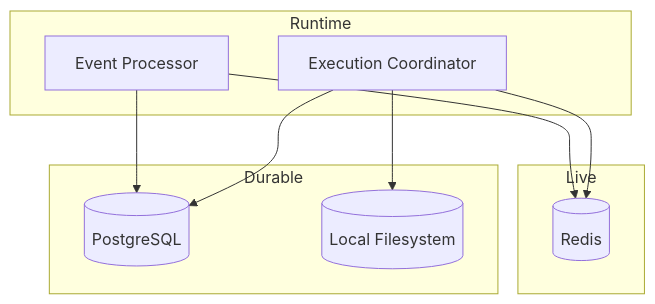
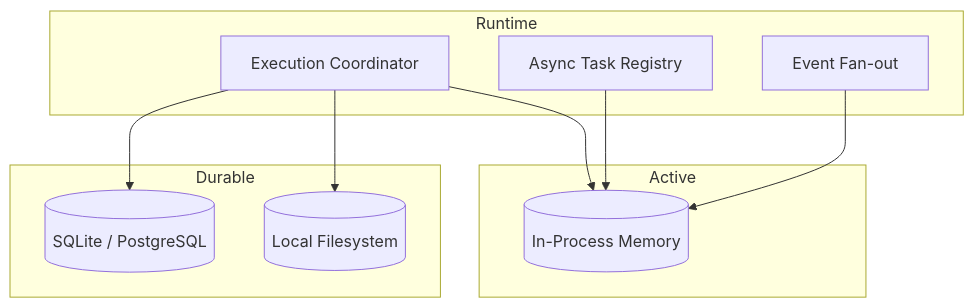
One commit to Wh1isper/ya-mono changed the diagram in packages/ya-claw/spec/03-storage-and-streaming.md. Above: the diagram before and after it, drawn with Mermaid. The commit also changed other lines of this file and 33 other files, not shown here.

````diff
--- a/packages/ya-claw/spec/03-storage-and-streaming.md
+++ b/packages/ya-claw/spec/03-storage-and-streaming.md
@@ -7,22 +7,23 @@
 ```mermaid
 flowchart TB
     subgraph Runtime
         EXEC[Execution Coordinator]
-        EVT[Event Processor]
+        TASKS[Async Task Registry]
+        EVT[Event Fan-out]
     end
 
     subgraph Durable
-        PG[(PostgreSQL)]
+        SQL[(SQLite / PostgreSQL)]
         FS[(Local Filesystem)]
     end
 
-    subgraph Live
-        RD[(Redis)]
+    subgraph Active
+        MEM[(In-Process Memory)]
     end
 
-    EXEC --> PG
+    EXEC --> SQL
     EXEC --> FS
-    EXEC --> RD
-    EVT --> RD
-    EVT --> PG
+    EXEC --> MEM
+    TASKS --> MEM
+    EVT --> MEM
 ```
````
